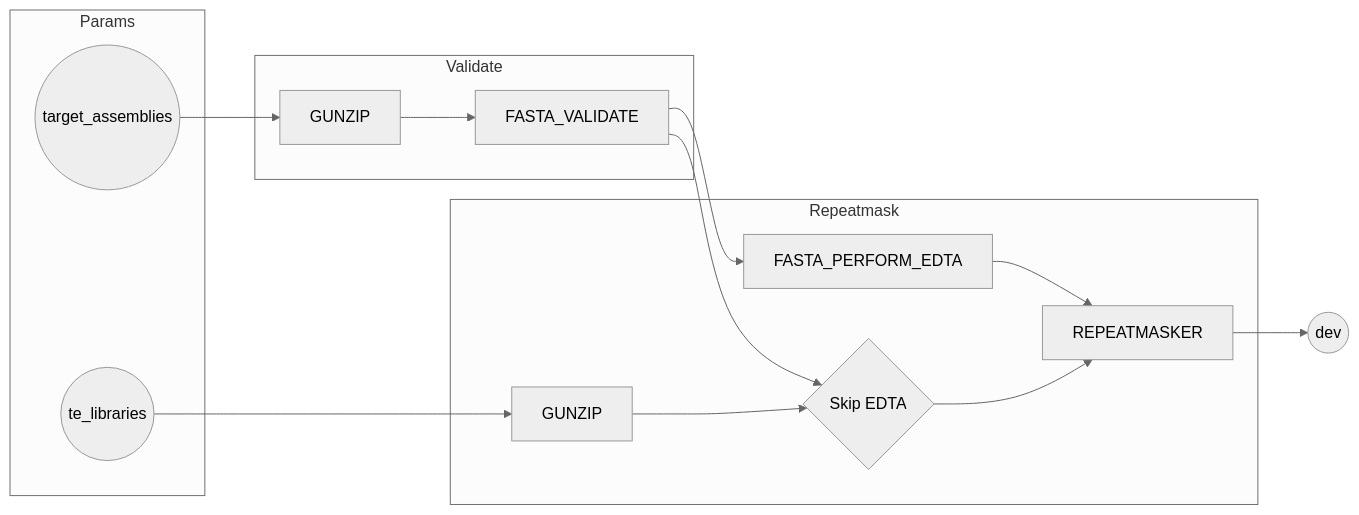
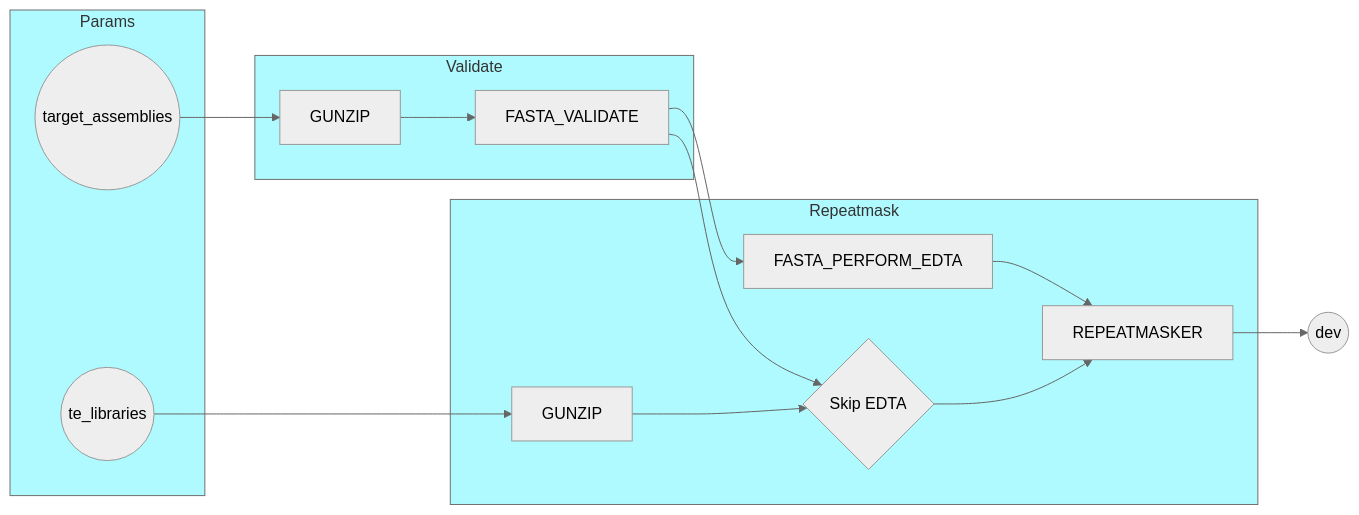
One commit to rosscrowhurst/genepal changed the diagram in README.md. Above: the diagram before and after it, drawn with Mermaid (neutral theme).

````diff
--- a/README.md
+++ b/README.md
@@ -6,38 +6,42 @@
 ```mermaid
 flowchart LR
     TARGET_ASSEMBLIES((target_assemblies))
     TE_LIBRARIES((te_libraries))
     SKIP_EDTA{Skip EDTA}
     pend((dev))
     GUNZIP_TE[GUNZIP]
     
     TARGET_ASSEMBLIES --> GUNZIP
     GUNZIP --> FASTA_VALIDATE
     FASTA_VALIDATE --> FASTA_PERFORM_EDTA
     FASTA_VALIDATE --> SKIP_EDTA
     
     TE_LIBRARIES --> GUNZIP_TE
     SKIP_EDTA --> REPEATMASKER
     GUNZIP_TE --> SKIP_EDTA
     
     FASTA_PERFORM_EDTA --> REPEATMASKER
 
     REPEATMASKER --> pend
 
     subgraph Params
     TARGET_ASSEMBLIES
     TE_LIBRARIES
     end
 
     subgraph Validate
     GUNZIP
     FASTA_VALIDATE
     end
 
     subgraph Repeatmask
     GUNZIP_TE
     FASTA_PERFORM_EDTA
     SKIP_EDTA
     REPEATMASKER
     end
+
+    style Params fill:#00EEFF50
+    style Validate fill:#00EEFF50
+    style Repeatmask fill:#00EEFF50
 ```
````
